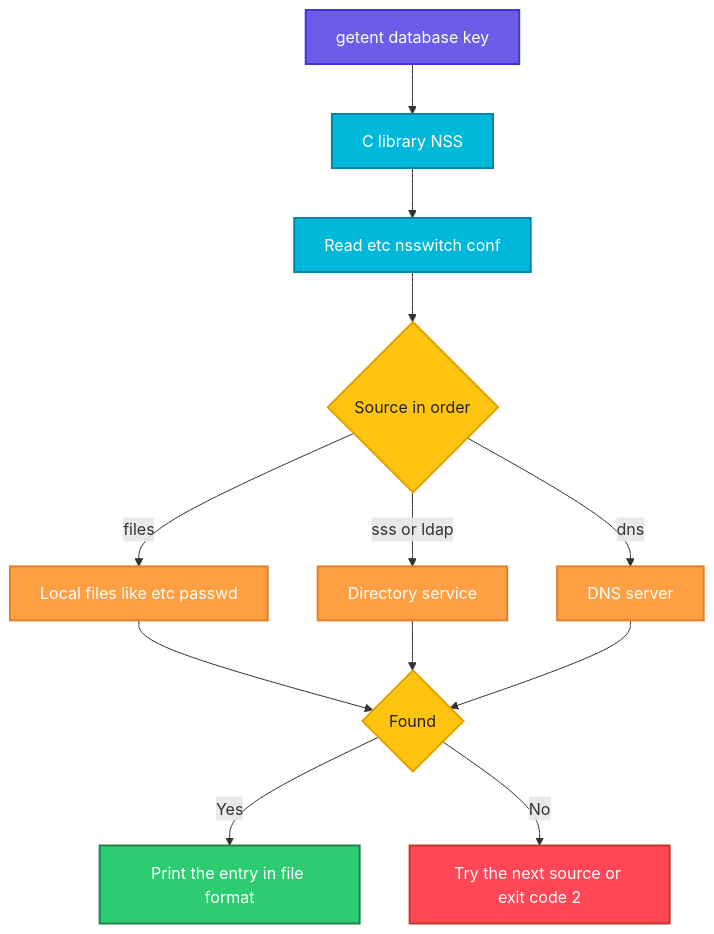
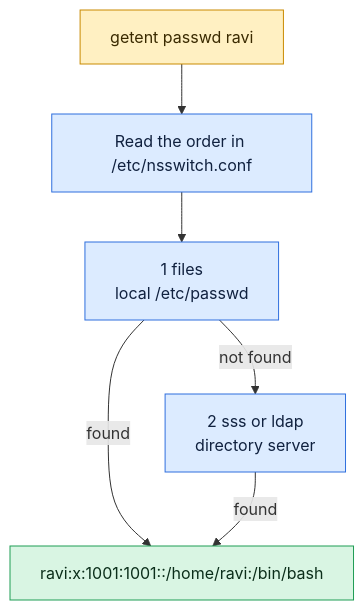
The diagram in linux/user-management/getent.md (codeKerdosTech/DevOps-Documentation), drawn with Mermaid before and after one commit. The commit also changed other lines of this file and 165 other files, not shown here.

Commit message:
updated diagrams in linux

````diff
--- a/linux/user-management/getent.md
+++ b/linux/user-management/getent.md
@@ -41,27 +41,16 @@
 ```mermaid
 flowchart TD
-    A[getent database key] --> B[C library NSS]
-    B --> C[Read etc nsswitch conf]
-    C --> D{Source in order}
-    D -->|files| E[Local files like etc passwd]
-    D -->|sss or ldap| F[Directory service]
-    D -->|dns| G[DNS server]
-    E --> H{Found}
-    F --> H
-    G --> H
-    H -->|Yes| I[Print the entry in file format]
-    H -->|No| J[Try the next source or exit code 2]
-    classDef start fill:#6C5CE7,stroke:#4834D4,stroke-width:2px,color:#fff
-    classDef proc fill:#00B8D9,stroke:#0087A8,stroke-width:2px,color:#fff
-    classDef dec fill:#FFC312,stroke:#E1A100,stroke-width:2px,color:#222
-    classDef ok fill:#2ECC71,stroke:#1E8449,stroke-width:2px,color:#fff
-    classDef err fill:#FF4757,stroke:#C0392B,stroke-width:2px,color:#fff
-    classDef out fill:#FD79A8,stroke:#E84393,stroke-width:2px,color:#fff
-    classDef alt fill:#FF9F43,stroke:#E67E22,stroke-width:2px,color:#fff
-    class A start
-    class B,C proc
-    class D,H dec
-    class E,F,G alt
-    class I ok
-    class J err
+    c1[getent passwd ravi] --> i1[Read the order in /etc/nsswitch.conf]
+    i1 --> i2[1 files<br/>local /etc/passwd]
+    i2 -->|not found| i3[2 sss or ldap<br/>directory server]
+    i2 -->|found| o1[ravi:x:1001:1001::/home/ravi:/bin/bash]
+    i3 -->|found| o1
+    classDef inp fill:#DCEBFF,stroke:#2F6FDE,color:#10213F
+    classDef cmd fill:#FFF0C2,stroke:#C98A00,color:#3A2A00
+    classDef out fill:#D9F5E3,stroke:#1F9D55,color:#0B2E1A
+    classDef bad fill:#FDE0E0,stroke:#D13B3B,color:#4A0F0F
+    classDef note fill:#ECEFF3,stroke:#7B8794,color:#1F2933
+    class c1 cmd
+    class i1,i2,i3 inp
+    class o1 out
 ```
````
